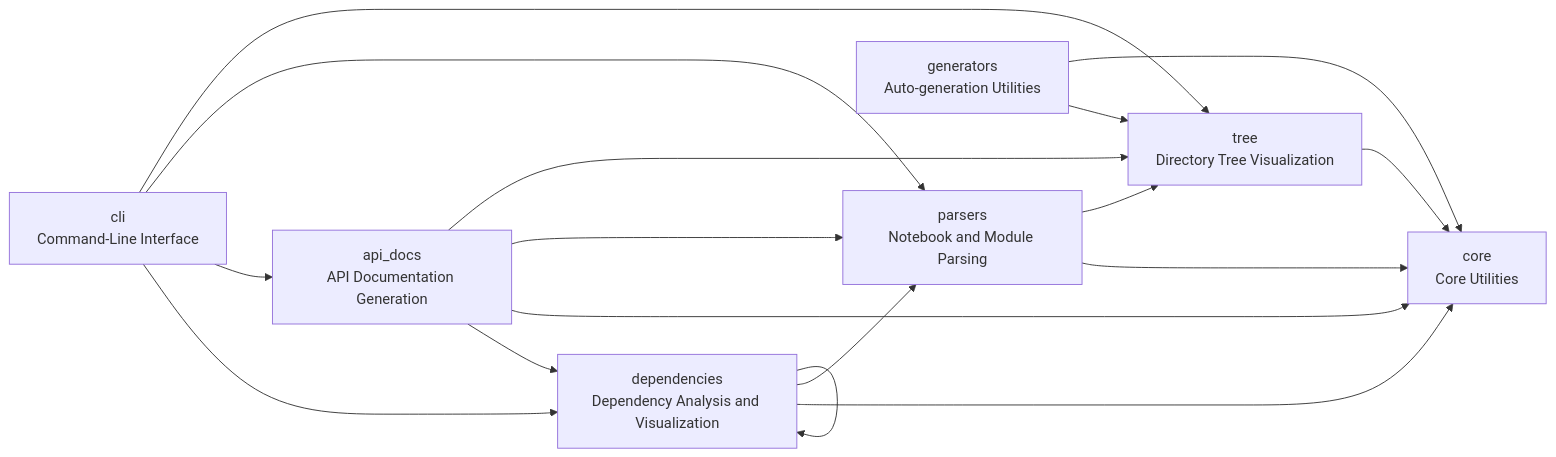
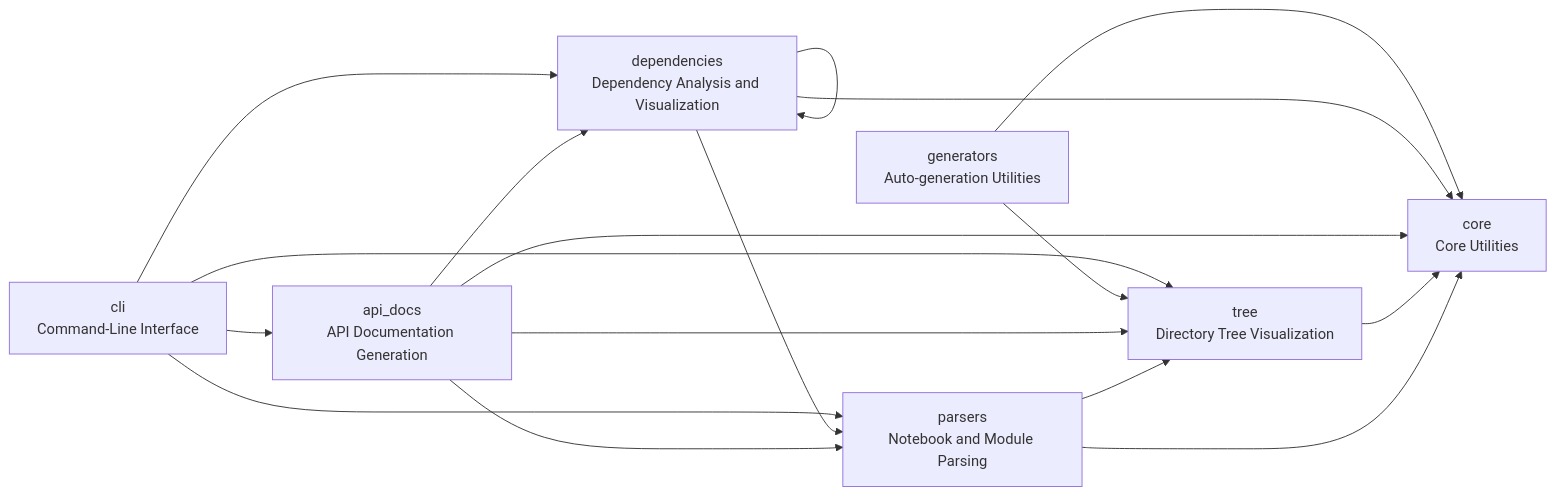
One commit to cj-mills/cjm-nbdev-overview changed the diagram in README.md. Above: the diagram before and after it, drawn with Mermaid. The commit also changed other lines of this file and 5 other files, not shown here.

````diff
--- a/README.md
+++ b/README.md
@@ -44,27 +44,27 @@
 ``` mermaid
 graph LR
     core[core<br/>Core Utilities]
     parsers[parsers<br/>Notebook and Module Parsing]
     tree[tree<br/>Directory Tree Visualization]
     api_docs[api_docs<br/>API Documentation Generation]
     dependencies[dependencies<br/>Dependency Analysis and Visualization]
     generators[generators<br/>Auto-generation Utilities]
     cli[cli<br/>Command-Line Interface]
 
     parsers --> tree
     parsers --> core
     tree --> core
+    api_docs --> parsers
+    api_docs --> dependencies
+    api_docs --> core
     api_docs --> tree
-    api_docs --> parsers
-    api_docs --> core
-    api_docs --> dependencies
     dependencies --> dependencies
     dependencies --> parsers
     dependencies --> core
     generators --> core
     generators --> tree
-    cli --> tree
     cli --> parsers
     cli --> api_docs
     cli --> dependencies
+    cli --> tree
 ```
````
